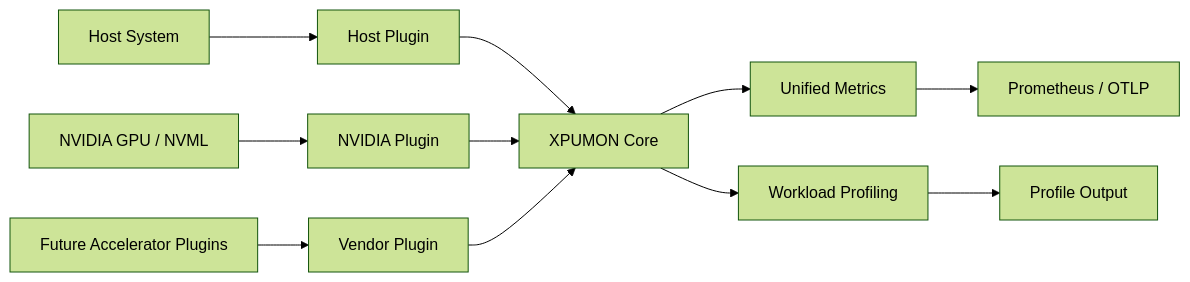
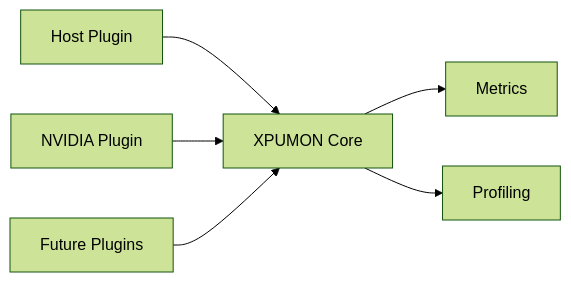
Before and after one commit to hdimmfh/xpu-monitor-agent: the diagram in README.md, drawn with Mermaid (forest theme). The commit also changed other lines of this file, not shown here.

````diff
--- a/README.md
+++ b/README.md
@@ -7,20 +31,13 @@
 ```mermaid
 flowchart LR
-    HOST["Host System"]
-    NVIDIA["NVIDIA GPU / NVML"]
-    FUTURE["Future Accelerator Plugins"]
+    Host["Host Plugin"]
+    NVIDIA["NVIDIA Plugin"]
+    Future["Future Plugins"]
 
-    HOST --> HOST_PLUGIN["Host Plugin"]
-    NVIDIA --> NVIDIA_PLUGIN["NVIDIA Plugin"]
-    FUTURE --> FUTURE_PLUGIN["Vendor Plugin"]
+    Host --> Core["XPUMON Core"]
+    NVIDIA --> Core
+    Future --> Core
 
-    HOST_PLUGIN --> CORE["XPUMON Core"]
-    NVIDIA_PLUGIN --> CORE
-    FUTURE_PLUGIN --> CORE
-
-    CORE --> METRICS["Unified Metrics"]
-    CORE --> PROFILER["Workload Profiling"]
-
-    METRICS --> EXPORT["Prometheus / OTLP"]
-    PROFILER --> OUTPUT["Profile Output"]
+    Core --> Metrics["Metrics"]
+    Core --> Profiling["Profiling"]
 ```
````
